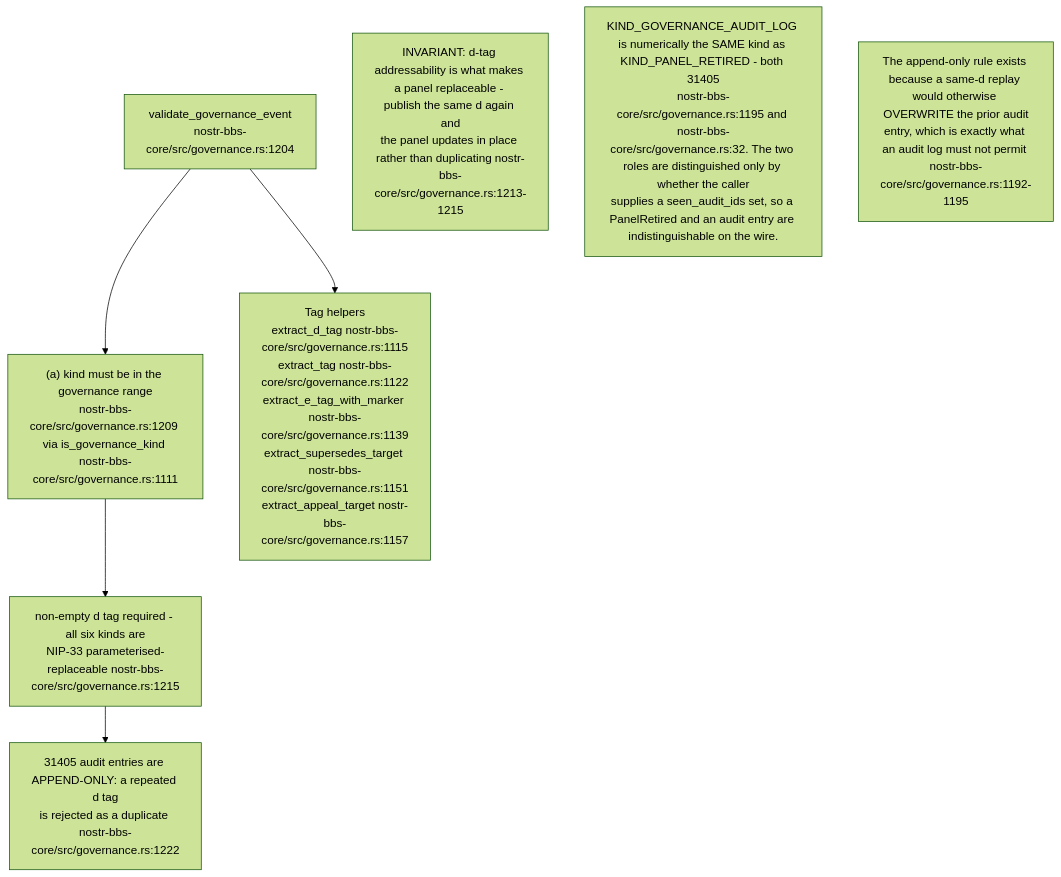
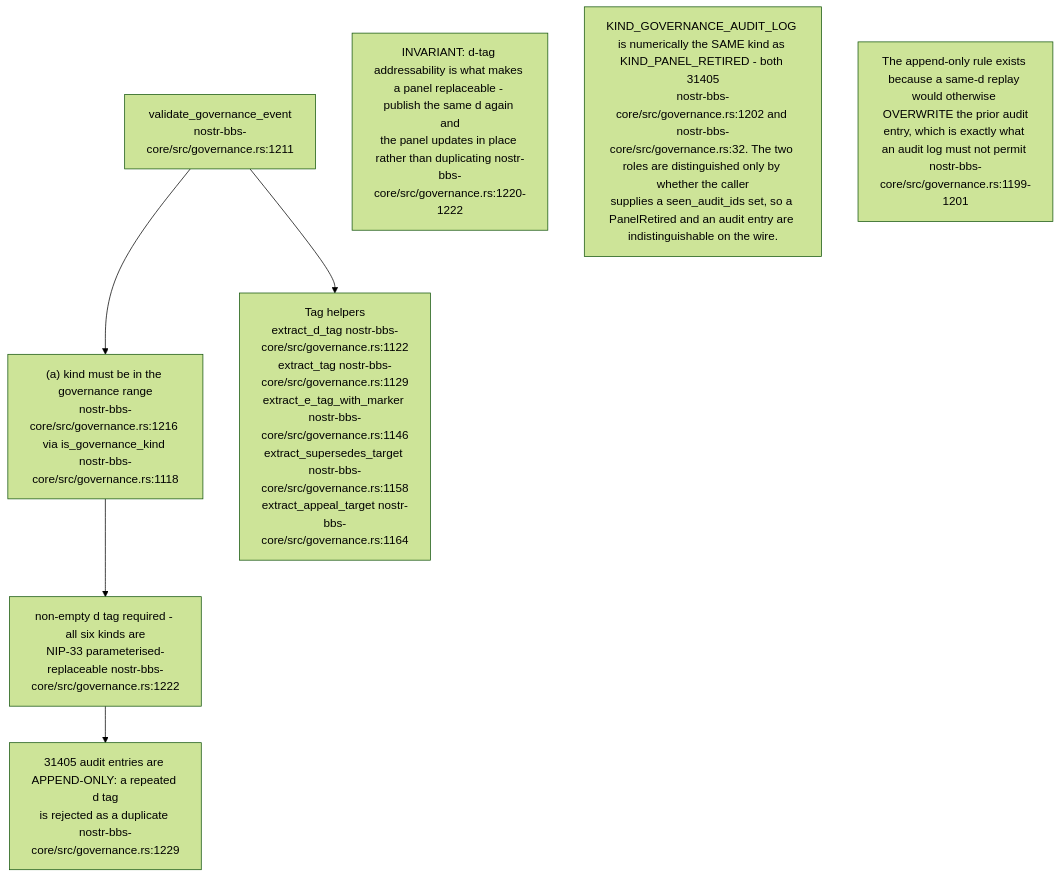
One commit to DreamLab-AI/VisionFlow changed the second of 14 diagrams in docs/diagrams/nostr-rust-forum/06-agent-control-surface-31400-31405.md. Above: the diagram before and after it, drawn with Mermaid (forest theme). The commit also changed other lines of this file and 136 other files, not shown here.

First line of the commit message:
docs(diagrams): refresh the whole corpus to code HEAD and prune low-value diagrams

````diff
--- a/docs/diagrams/nostr-rust-forum/06-agent-control-surface-31400-31405.md
+++ b/docs/diagrams/nostr-rust-forum/06-agent-control-surface-31400-31405.md
@@ -60,15 +61,15 @@
 ```mermaid
 flowchart TB
-    V["validate_governance_event<br/>nostr-bbs-core/src/governance.rs:1204"]
-    K["(a) kind must be in the governance range<br/>nostr-bbs-core/src/governance.rs:1209 via is_governance_kind nostr-bbs-core/src/governance.rs:1111"]
-    D["non-empty d tag required - all six kinds are<br/>NIP-33 parameterised-replaceable nostr-bbs-core/src/governance.rs:1215"]
-    AUD["31405 audit entries are APPEND-ONLY: a repeated d tag<br/>is rejected as a duplicate nostr-bbs-core/src/governance.rs:1222"]
-    HELP["Tag helpers<br/>extract_d_tag nostr-bbs-core/src/governance.rs:1115<br/>extract_tag nostr-bbs-core/src/governance.rs:1122<br/>extract_e_tag_with_marker nostr-bbs-core/src/governance.rs:1139<br/>extract_supersedes_target nostr-bbs-core/src/governance.rs:1151<br/>extract_appeal_target nostr-bbs-core/src/governance.rs:1157"]
+    V["validate_governance_event<br/>nostr-bbs-core/src/governance.rs:1211"]
+    K["(a) kind must be in the governance range<br/>nostr-bbs-core/src/governance.rs:1216 via is_governance_kind nostr-bbs-core/src/governance.rs:1118"]
+    D["non-empty d tag required - all six kinds are<br/>NIP-33 parameterised-replaceable nostr-bbs-core/src/governance.rs:1222"]
+    AUD["31405 audit entries are APPEND-ONLY: a repeated d tag<br/>is rejected as a duplicate nostr-bbs-core/src/governance.rs:1229"]
+    HELP["Tag helpers<br/>extract_d_tag nostr-bbs-core/src/governance.rs:1122<br/>extract_tag nostr-bbs-core/src/governance.rs:1129<br/>extract_e_tag_with_marker nostr-bbs-core/src/governance.rs:1146<br/>extract_supersedes_target nostr-bbs-core/src/governance.rs:1158<br/>extract_appeal_target nostr-bbs-core/src/governance.rs:1164"]
 
     V --> K --> D --> AUD
     V --> HELP
 
-    N1["INVARIANT: d-tag addressability is what makes a panel replaceable - publish the same d again and<br/>the panel updates in place rather than duplicating nostr-bbs-core/src/governance.rs:1213-1215"]
-    N2["KIND_GOVERNANCE_AUDIT_LOG is numerically the SAME kind as KIND_PANEL_RETIRED - both 31405<br/>nostr-bbs-core/src/governance.rs:1195 and nostr-bbs-core/src/governance.rs:32. The two roles are distinguished only by whether the caller<br/>supplies a seen_audit_ids set, so a PanelRetired and an audit entry are indistinguishable on the wire."]
-    N3["The append-only rule exists because a same-d replay would otherwise OVERWRITE the prior audit<br/>entry, which is exactly what an audit log must not permit nostr-bbs-core/src/governance.rs:1192-1195"]
+    N1["INVARIANT: d-tag addressability is what makes a panel replaceable - publish the same d again and<br/>the panel updates in place rather than duplicating nostr-bbs-core/src/governance.rs:1220-1222"]
+    N2["KIND_GOVERNANCE_AUDIT_LOG is numerically the SAME kind as KIND_PANEL_RETIRED - both 31405<br/>nostr-bbs-core/src/governance.rs:1202 and nostr-bbs-core/src/governance.rs:32. The two roles are distinguished only by whether the caller<br/>supplies a seen_audit_ids set, so a PanelRetired and an audit entry are indistinguishable on the wire."]
+    N3["The append-only rule exists because a same-d replay would otherwise OVERWRITE the prior audit<br/>entry, which is exactly what an audit log must not permit nostr-bbs-core/src/governance.rs:1199-1201"]
 ```
````
